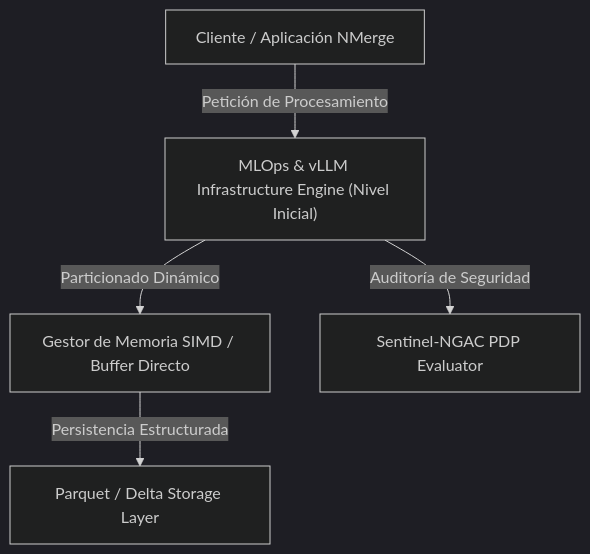
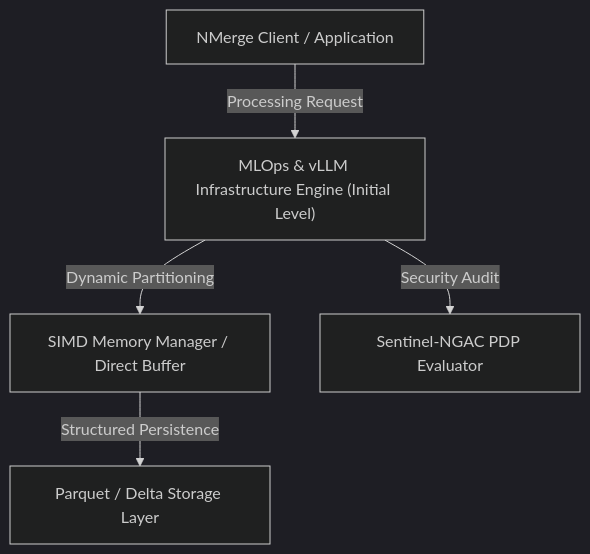
Before and after one commit to gjpierp/nmergeia: the diagram in public/docs/en/datascience_mlops.md, drawn with Mermaid (dark theme). The commit also changed other lines of this file and 182 other files, not shown here.

Commit message:
fix(i18n): sincronizar claves de menú i18n para los 7 idiomas, traducir diagramas Mermaid y agregar fallback a español contra 404 de Vite

````diff
--- a/public/docs/en/datascience_mlops.md
+++ b/public/docs/en/datascience_mlops.md
@@ -16,7 +16,7 @@
 ```mermaid
 flowchart TD
-    A["Cliente / Aplicación NMerge"] -->|Petición de Procesamiento| B["MLOps & vLLM Infrastructure Engine (Nivel Inicial)"]
-    B -->|Particionado Dinámico| C["Gestor de Memoria SIMD / Buffer Directo"]
-    C -->|Persistencia Estructurada| D["Parquet / Delta Storage Layer"]
-    B -->|Auditoría de Seguridad| E["Sentinel-NGAC PDP Evaluator"]
+    A["NMerge Client / Application"] -->|Processing Request| B["MLOps & vLLM Infrastructure Engine (Initial Level)"]
+    B -->|Dynamic Partitioning| C["SIMD Memory Manager / Direct Buffer"]
+    C -->|Structured Persistence| D["Parquet / Delta Storage Layer"]
+    B -->|Security Audit| E["Sentinel-NGAC PDP Evaluator"]
 ```
````
